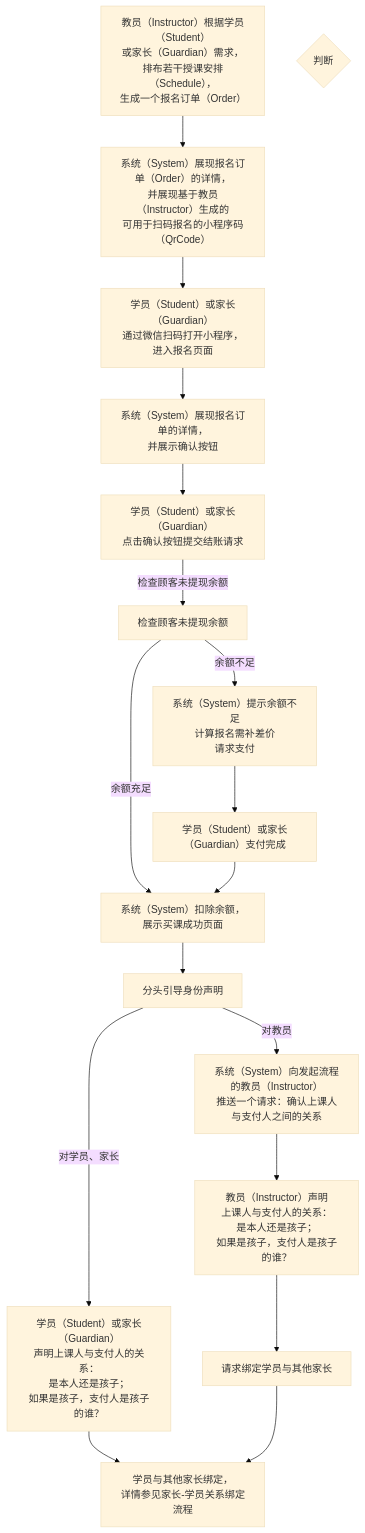
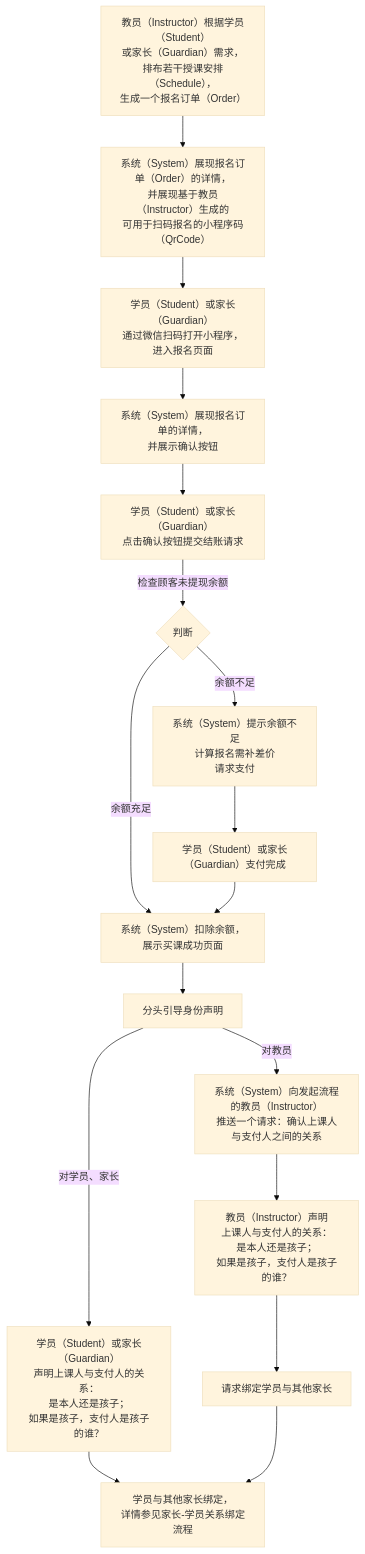
Before and after one commit to world-wide-web/sign: the diagram in 用例/报名.md, drawn with Mermaid (base theme). The commit also changed other lines of this file, not shown here.

````diff
--- a/用例/报名.md
+++ b/用例/报名.md
@@ -7,48 +7,48 @@
 ```mermaid
 graph TD
 
 生成报名订单-->生成报名码
 生成报名码-->扫码报名
 扫码报名-->展现报名订单
 展现报名订单-->确认并提交结账请求
 确认并提交结账请求--检查顾客未提现余额-->检查顾客未提现余额
 检查顾客未提现余额--余额充足-->扣课时并提示买课成功
 检查顾客未提现余额--余额不足-->请求支付
 请求支付-->支付完成
 支付完成-->扣课时并提示买课成功
 扣课时并提示买课成功-->分头引导身份声明
 分头引导身份声明--"对教员"-->请求身份声明
 分头引导身份声明--"对学员、家长"-->支付人身份声明
 请求身份声明-->教员代理身份声明
 教员代理身份声明-->请求绑定学员与其他家长
 支付人身份声明-->学员与其他家长绑定
 请求绑定学员与其他家长-->学员与其他家长绑定
 
 生成报名订单["<center>教员（Instructor）根据学员（Student）<br>或家长（Guardian）需求，<br>排布若干授课安排（Schedule），<br>生成一个报名订单（Order）</center>"]
 
 生成报名码["<center>系统（System）展现报名订单（Order）的详情，<br>并展现基于教员（Instructor）生成的<br>可用于扫码报名的小程序码（QrCode）</center>"]
 
 扫码报名["<center>学员（Student）或家长（Guardian）<br>通过微信扫码打开小程序，进入报名页面</center>"]
 
 展现报名订单["<center>系统（System）展现报名订单的详情，<br>并展示确认按钮</center>"]
 
 确认并提交结账请求["<center>学员（Student）或家长（Guardian）<br>点击确认按钮提交结账请求</center>"]
 
-判断课时数量{"<center>判断</center>"}
+检查顾客未提现余额{判断}
 
 请求支付["<center>系统（System）提示余额不足<br>计算报名需补差价<br>请求支付</center>"]
 
 支付完成["<center>学员（Student）或家长（Guardian）支付完成</center>"]
 
 扣课时并提示买课成功["<center>系统（System）扣除余额，展示买课成功页面</center>"]
 
 请求身份声明["<center>系统（System）向发起流程的教员（Instructor）<br>推送一个请求：确认上课人与支付人之间的关系</center>"]
 
 支付人身份声明["<center>学员（Student）或家长（Guardian）<br>声明上课人与支付人的关系：<br>是本人还是孩子；<br>如果是孩子，支付人是孩子的谁？</center>"]
 
 教员代理身份声明["<center>教员（Instructor）声明<br>上课人与支付人的关系：<br>是本人还是孩子；<br>如果是孩子，支付人是孩子的谁？</center>"]
 
 请求绑定学员与其他家长
 
 学员与其他家长绑定["<center>学员与其他家长绑定，<br>详情参见家长-学员关系绑定流程</center>"]
 ```
````
